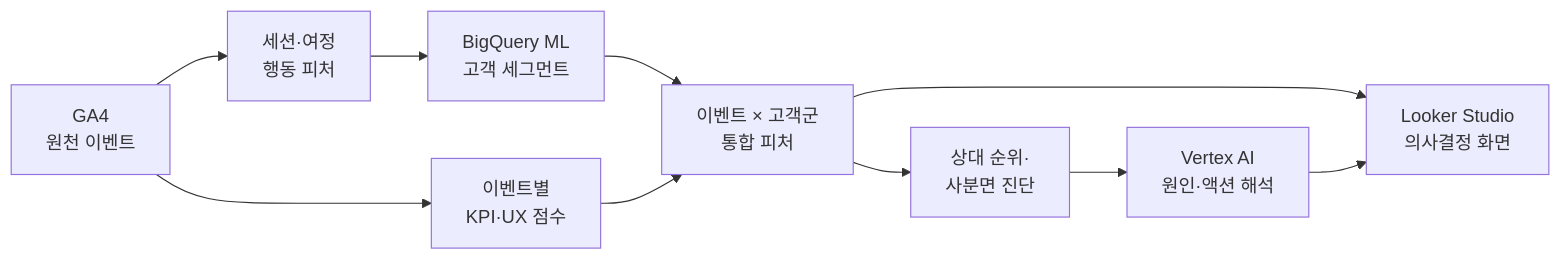
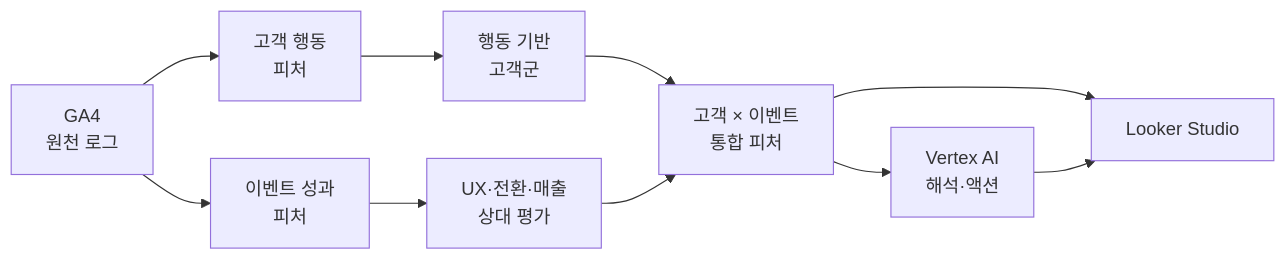
Before and after one commit to qkrwlfjddl/Marketing-KPI-AI-Insight: the diagram in docs/readme.md, drawn with Mermaid. The commit also changed other lines of this file, not shown here.

````diff
--- a/docs/readme.md
+++ b/docs/readme.md
@@ -34,12 +55,12 @@
 ```mermaid
 flowchart LR
-    A["GA4<br/>원천 이벤트"] --> B["세션·여정<br/>행동 피처"]
-    B --> C["BigQuery ML<br/>고객 세그먼트"]
-    A --> D["이벤트별<br/>KPI·UX 점수"]
-    C --> E["이벤트 × 고객군<br/>통합 피처"]
-    D --> E
-    E --> F["상대 순위·<br/>사분면 진단"]
-    F --> G["Vertex AI<br/>원인·액션 해석"]
-    E --> H["Looker Studio<br/>의사결정 화면"]
+    A["GA4<br/>원천 로그"] --> B["고객 행동<br/>피처"]
+    A --> C["이벤트 성과<br/>피처"]
+    B --> D["행동 기반<br/>고객군"]
+    C --> E["UX·전환·매출<br/>상대 평가"]
+    D --> F["고객 × 이벤트<br/>통합 피처"]
+    E --> F
+    F --> G["Vertex AI<br/>해석·액션"]
+    F --> H["Looker Studio"]
     G --> H
 ```
````
